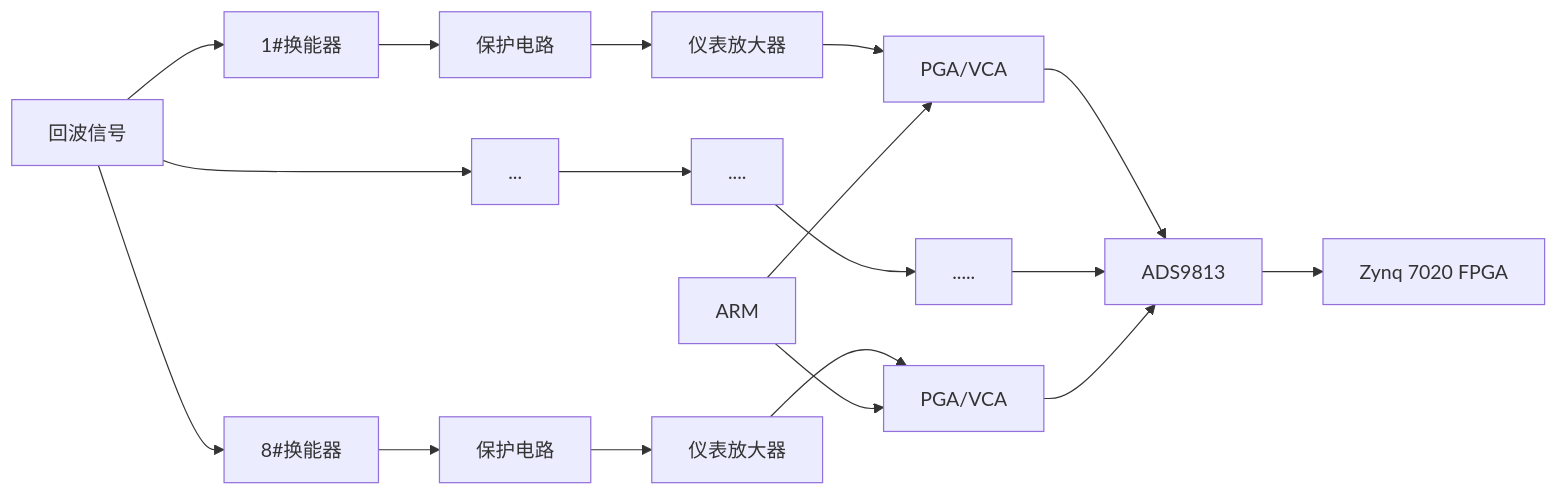
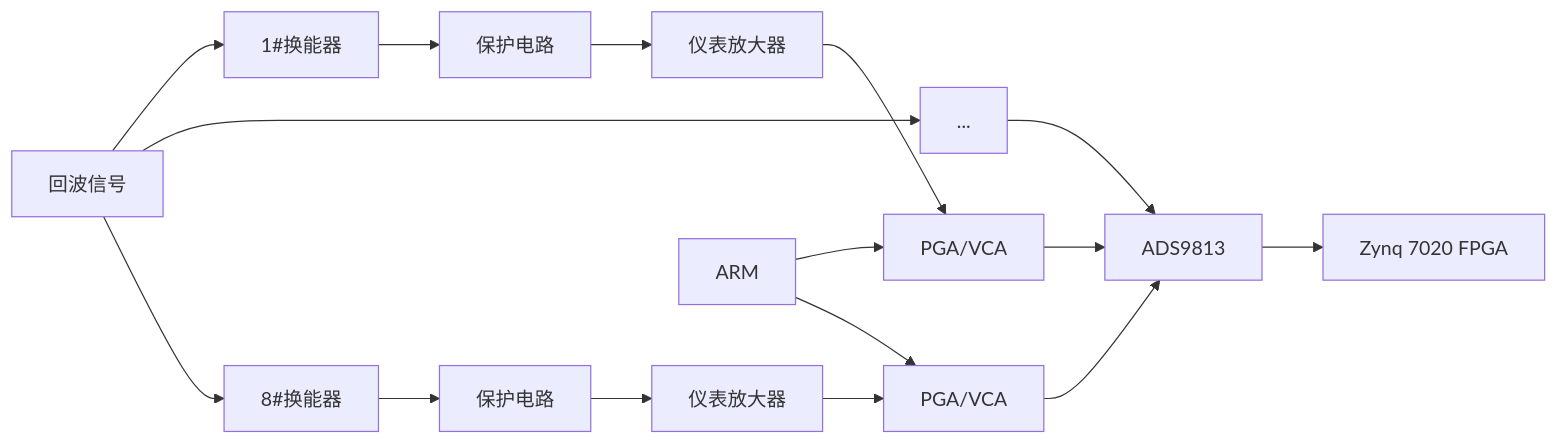
One commit to Rukawa15/iodraw-files changed the diagram in all/同步采集.md. Above: the diagram before and after it, drawn with Mermaid.

Commit message:
2025-06-19 14:33:59 update

````diff
--- a/all/同步采集.md
+++ b/all/同步采集.md
@@ -1,26 +1,26 @@
 ```mermaid
 graph LR
 A[回波信号]
 A --> B1[1#换能器]
 A --> ...
 A --> B8[8#换能器]
 
 B1 --> C1[保护电路]
 B8 --> C8[保护电路]
 
 C1 --> D1[仪表放大器]
 C8 --> D8[仪表放大器]
 
 D1 --> E1[PGA/VCA]
 D8 --> E8[PGA/VCA]
 
 E1 --> F[ADS9813]
-... --> .... --> ..... --> F
+... --> F
 E8 --> F[ADS9813] 
 
 F --> G[Zynq 7020 FPGA]
 
 H[ARM] --> E1
 
 H[ARM] --> E8
 ```
````
